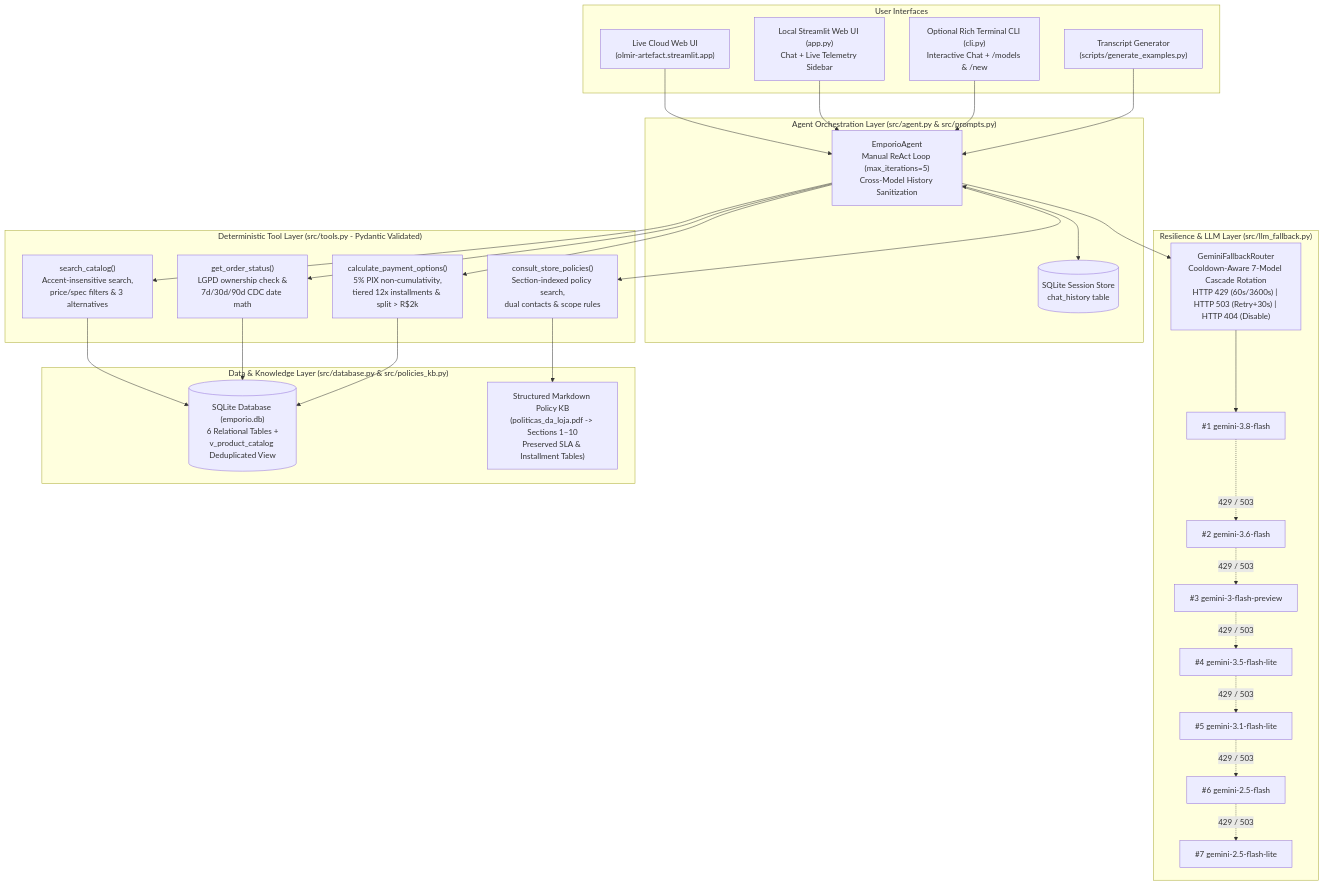
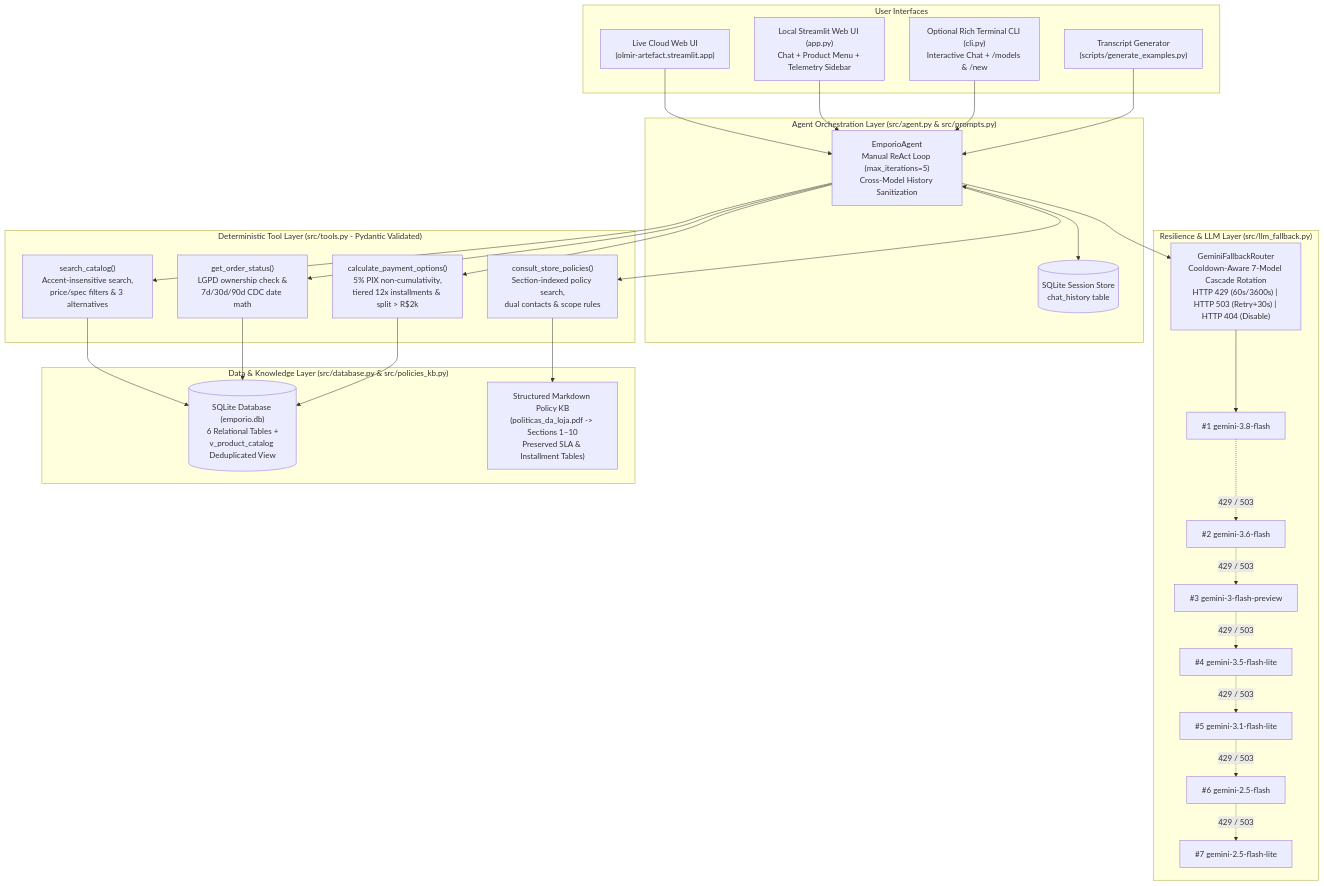
One commit to owmyr/Artefact changed the first of 2 diagrams in README.md. Above: the diagram before and after it, drawn with Mermaid. The commit also changed other lines of this file and 10 other files, not shown here.

Commit message:
feat(ui): add product menu button and deAIfy documentation without emojis

````diff
--- a/README.md
+++ b/README.md
@@ -81,55 +84,55 @@
 ```mermaid
 flowchart TB
     subgraph Interfaces["User Interfaces"]
         CLOUD["Live Cloud Web UI<br/>(olmir-artefact.streamlit.app)"]
-        UI["Local Streamlit Web UI (app.py)<br/>Chat + Live Telemetry Sidebar"]
+        UI["Local Streamlit Web UI (app.py)<br/>Chat + Product Menu + Telemetry Sidebar"]
         CLI["Optional Rich Terminal CLI (cli.py)<br/>Interactive Chat + /models & /new"]
         GEN["Transcript Generator<br/>(scripts/generate_examples.py)"]
     end
 
     subgraph AgentCore["Agent Orchestration Layer (src/agent.py & src/prompts.py)"]
         AGENT["EmporioAgent<br/>Manual ReAct Loop (max_iterations=5)<br/>Cross-Model History Sanitization"]
         MEM[("SQLite Session Store<br/>chat_history table")]
     end
 
     subgraph RouterLayer["Resilience & LLM Layer (src/llm_fallback.py)"]
         ROUTER["GeminiFallbackRouter<br/>Cooldown-Aware 7-Model Cascade Rotation<br/>HTTP 429 (60s/3600s) | HTTP 503 (Retry+30s) | HTTP 404 (Disable)"]
         M1["#1 gemini-3.8-flash"]
         M2["#2 gemini-3.6-flash"]
         M3["#3 gemini-3-flash-preview"]
         M4["#4 gemini-3.5-flash-lite"]
         M5["#5 gemini-3.1-flash-lite"]
         M6["#6 gemini-2.5-flash"]
         M7["#7 gemini-2.5-flash-lite"]
     end
 
     subgraph ToolLayer["Deterministic Tool Layer (src/tools.py - Pydantic Validated)"]
         T1["search_catalog()<br/>Accent-insensitive search,<br/>price/spec filters & 3 alternatives"]
         T2["calculate_payment_options()<br/>5% PIX non-cumulativity,<br/>tiered 12x installments & split > R$2k"]
         T3["get_order_status()<br/>LGPD ownership check &<br/>7d/30d/90d CDC date math"]
         T4["consult_store_policies()<br/>Section-indexed policy search,<br/>dual contacts & scope rules"]
     end
 
     subgraph DataLayer["Data & Knowledge Layer (src/database.py & src/policies_kb.py)"]
         DB[("SQLite Database (emporio.db)<br/>6 Relational Tables +<br/>v_product_catalog Deduplicated View")]
         KB["Structured Markdown Policy KB<br/>(politicas_da_loja.pdf -> Sections 1–10<br/>Preserved SLA & Installment Tables)"]
     end
 
     CLOUD --> AGENT
     UI --> AGENT
     CLI --> AGENT
     GEN --> AGENT
     AGENT <--> MEM
     AGENT --> ROUTER
     ROUTER --> M1
     M1 -. "429 / 503" .-> M2
     M2 -. "429 / 503" .-> M3
     M3 -. "429 / 503" .-> M4
     M4 -. "429 / 503" .-> M5
     M5 -. "429 / 503" .-> M6
     M6 -. "429 / 503" .-> M7
     AGENT --> T1 & T2 & T3 & T4
     T1 & T3 --> DB
     T2 --> DB
     T4 --> KB
 ```
````
